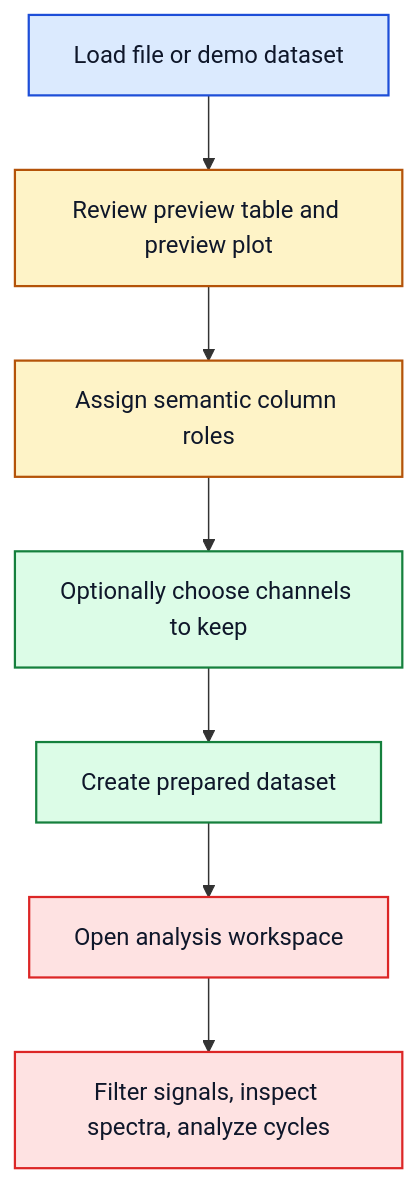
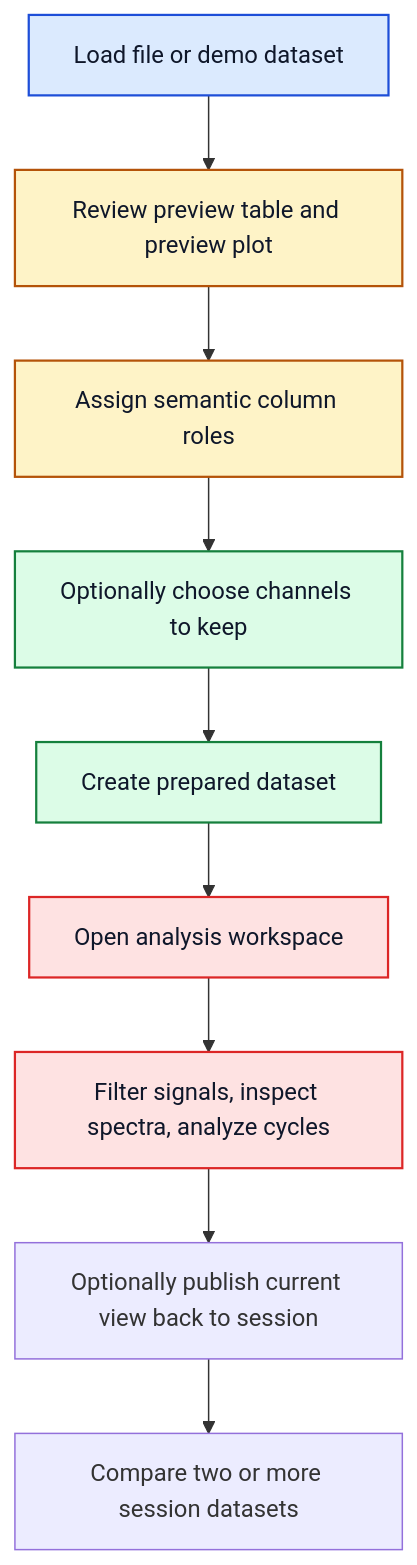
The diagram in README.md (jameskiki/Data-Signals-and-Systems), drawn with Mermaid before and after one commit. The commit also changed other lines of this file and 13 other files, not shown here.

````diff
--- a/README.md
+++ b/README.md
@@ -51,19 +57,21 @@
 ```mermaid
 flowchart TB
 	A[Load file or demo dataset] --> B[Review preview table and preview plot]
 	B --> C[Assign semantic column roles]
 	C --> D[Optionally choose channels to keep]
 	D --> E[Create prepared dataset]
 	E --> F[Open analysis workspace]
 	F --> G[Filter signals, inspect spectra, analyze cycles]
+	G --> H[Optionally publish current view back to session]
+	H --> I[Compare two or more session datasets]
 
 	classDef source fill:#dbeafe,stroke:#1d4ed8,color:#0f172a,stroke-width:1.5px;
 	classDef inspect fill:#fef3c7,stroke:#b45309,color:#0f172a,stroke-width:1.5px;
 	classDef prepare fill:#dcfce7,stroke:#15803d,color:#0f172a,stroke-width:1.5px;
 	classDef analysis fill:#fee2e2,stroke:#dc2626,color:#0f172a,stroke-width:1.5px;
 
 	class A source;
 	class B,C inspect;
 	class D,E prepare;
 	class F,G analysis;
 ```
````
